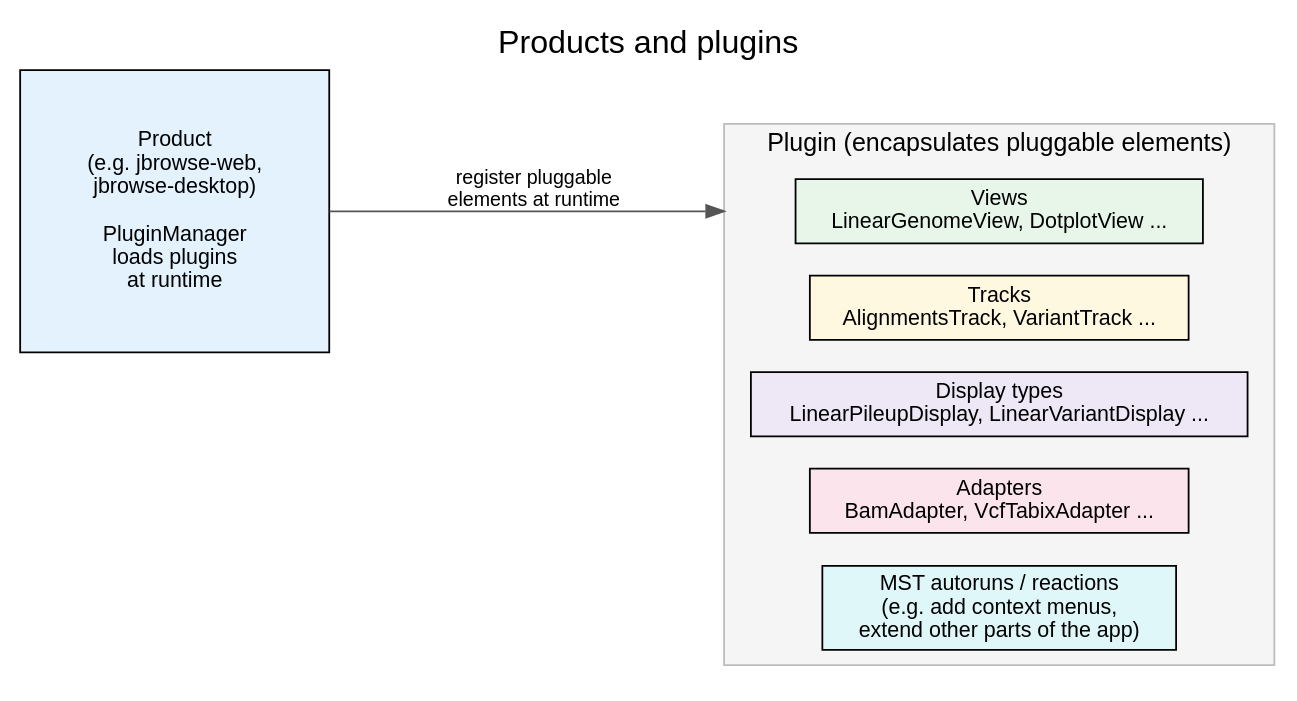
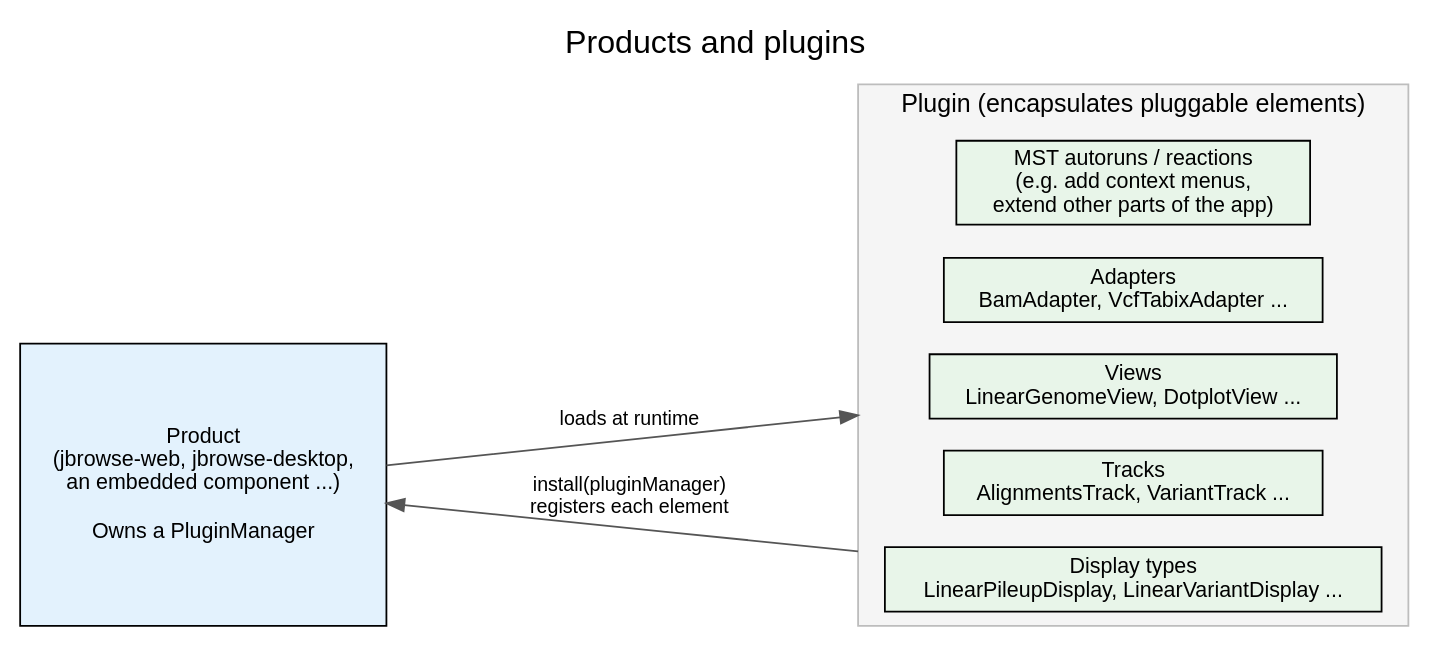
One commit to GMOD/jbrowse-components changed the diagram in website/diagrams/products_and_plugins.dot. Above: the diagram before and after it, drawn with Graphviz. The commit also changed 4 other files, not shown here.

First line of the commit message:
docs(diagrams): stack the GPU lifecycle top to bottom, and say what the figures show

```diff
--- a/website/diagrams/products_and_plugins.dot
+++ b/website/diagrams/products_and_plugins.dot
@@ -1,47 +1,66 @@
 digraph products_and_plugins {
   rankdir=LR
   labelloc=t
   fontname="Helvetica"
   fontsize=18
   label="Products and plugins"
   compound=true
   nodesep=0.25
-  ranksep=1.6
+  ranksep=2.0
 
   node [shape=box, fontname="Helvetica", fontsize=12, style=filled, fillcolor="#ffffff"]
   edge [fontname="Helvetica", fontsize=11, color="#555555"]
 
   // ── Product ──────────────────────────────────────────────────────
   product [
-    label="Product\n(e.g. jbrowse-web,\njbrowse-desktop)\n\nPluginManager\nloads plugins\nat runtime"
+    label="Product\n(jbrowse-web, jbrowse-desktop,\nan embedded component ...)\n\nOwns a PluginManager"
     shape=box
     fillcolor="#e3f2fd"
-    width=2.4
+    width=2.6
     height=2.2
   ]
 
   // ── A plugin and the pluggable elements it encapsulates ──────────
   // No edges between the elements, so in rankdir=LR they stack as a
-  // single vertical column inside the plugin cluster.
+  // single vertical column inside the plugin cluster. Declaration order
+  // is bottom-to-top in that column, so they are declared in reverse of
+  // the reading order wanted: Views first at the top, then Tracks,
+  // Display types, Adapters, autoruns. That is the order the caption
+  // lists them in and the order product_architecture.dot nests them in,
+  // and it used to be upside down.
+  //
+  // ONE FILL for all five, deliberately. They were five different
+  // pastels, which reads as five different KINDS of thing when the
+  // point of the box is that they are five instances of one kind: a
+  // pluggable element. The product keeps its own color because it is
+  // the other side of the relationship.
   subgraph cluster_plugin {
     label="Plugin (encapsulates pluggable elements)"
     labelloc=t
     fontname="Helvetica"
     fontsize=14
     style=filled
     fillcolor="#f5f5f5"
     color="#bdbdbd"
 
+    autoruns [label="MST autoruns / reactions\n(e.g. add context menus,\nextend other parts of the app)", fillcolor="#e8f5e9"]
+    adapters [label="Adapters\nBamAdapter, VcfTabixAdapter ...", fillcolor="#e8f5e9"]
+    displays [label="Display types\nLinearPileupDisplay, LinearVariantDisplay ...", fillcolor="#e8f5e9"]
+    tracks   [label="Tracks\nAlignmentsTrack, VariantTrack ...", fillcolor="#e8f5e9"]
     views    [label="Views\nLinearGenomeView, DotplotView ...", fillcolor="#e8f5e9"]
-    tracks   [label="Tracks\nAlignmentsTrack, VariantTrack ...", fillcolor="#fff8e1"]
-    displays [label="Display types\nLinearPileupDisplay, LinearVariantDisplay ...", fillcolor="#ede7f6"]
-    adapters [label="Adapters\nBamAdapter, VcfTabixAdapter ...", fillcolor="#fce4ec"]
-    autoruns [label="MST autoruns / reactions\n(e.g. add context menus,\nextend other parts of the app)", fillcolor="#e0f7fa"]
   }
 
-  // The whole plugin plugs into the product at runtime; one clean edge
+  // TWO edges, because the relationship runs both ways and a single
+  // "product -> plugin: register pluggable elements at runtime" had the
+  // registration pointing the wrong way. The product loads the plugin;
+  // the plugin's own install() is what registers anything, and it
+  // registers INTO the product's PluginManager.
   product -> views [
     lhead=cluster_plugin
-    label="register pluggable\nelements at runtime"
+    label="loads at runtime"
+  ]
+  displays -> product [
+    ltail=cluster_plugin
+    label="install(pluginManager)\nregisters each element"
   ]
 }
```
